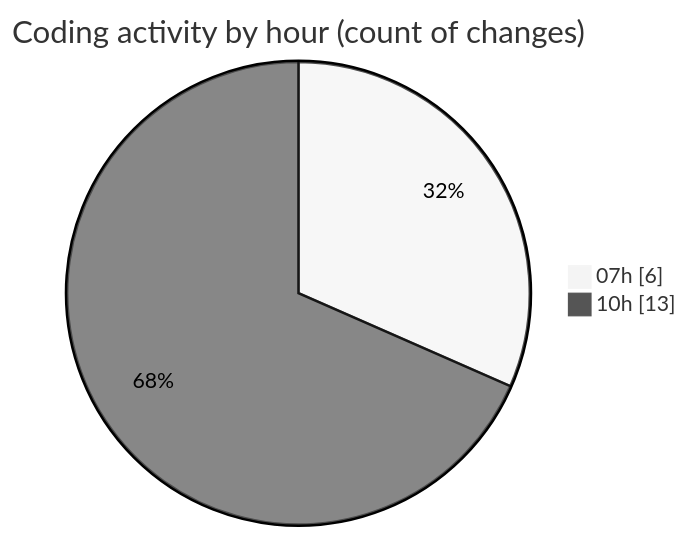
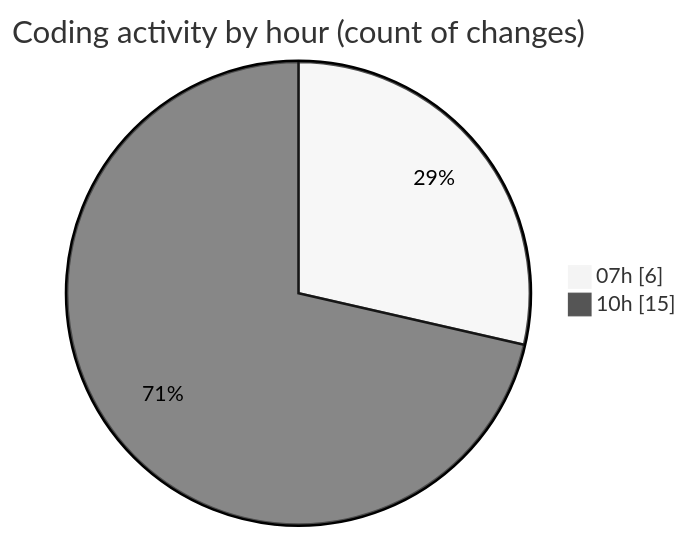
The second of 2 diagrams in 2025-08-14/rentotp/README.md (lephambinh05/code-tracking), drawn with Mermaid (neutral theme) before and after one commit. The commit also changed other lines of this file and 1 other file, not shown here.

````diff
--- a/2025-08-14/rentotp/README.md
+++ b/2025-08-14/rentotp/README.md
@@ -29,6 +29,6 @@
 ```mermaid
 pie showData
 title Coding activity by hour (count of changes)
 "07h" : 6
-"10h" : 13
+"10h" : 15
 ```
````
